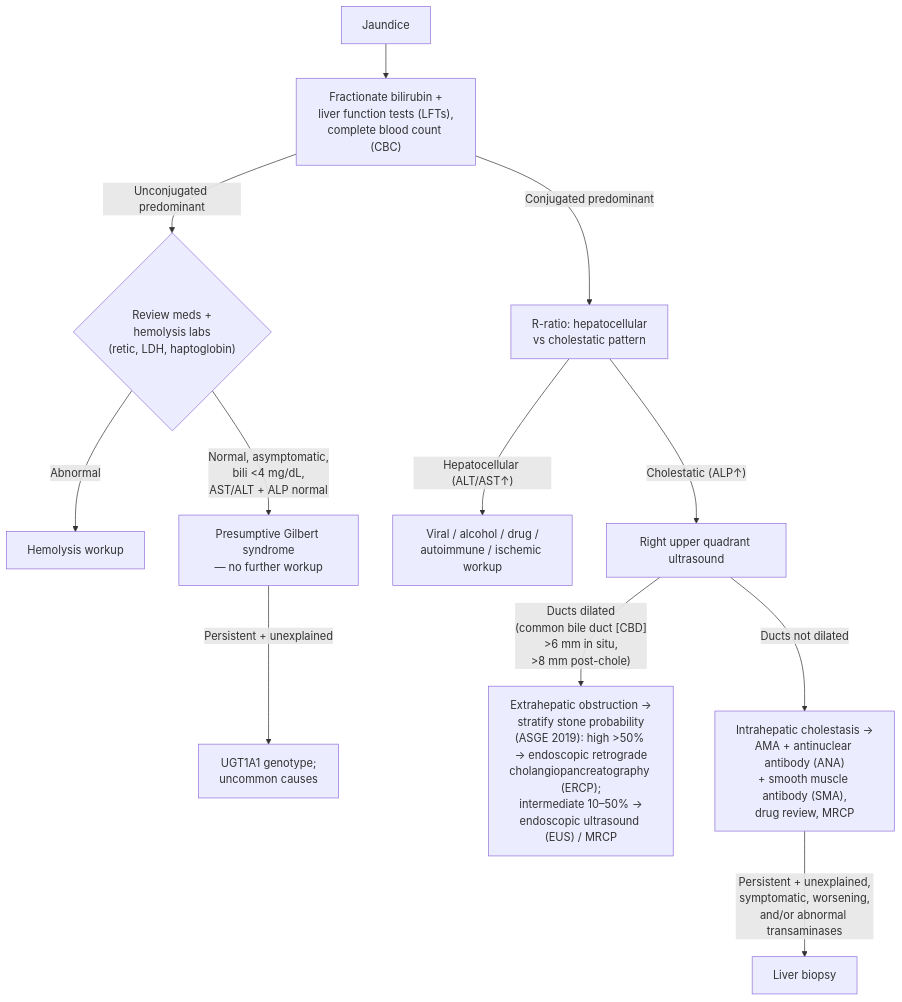
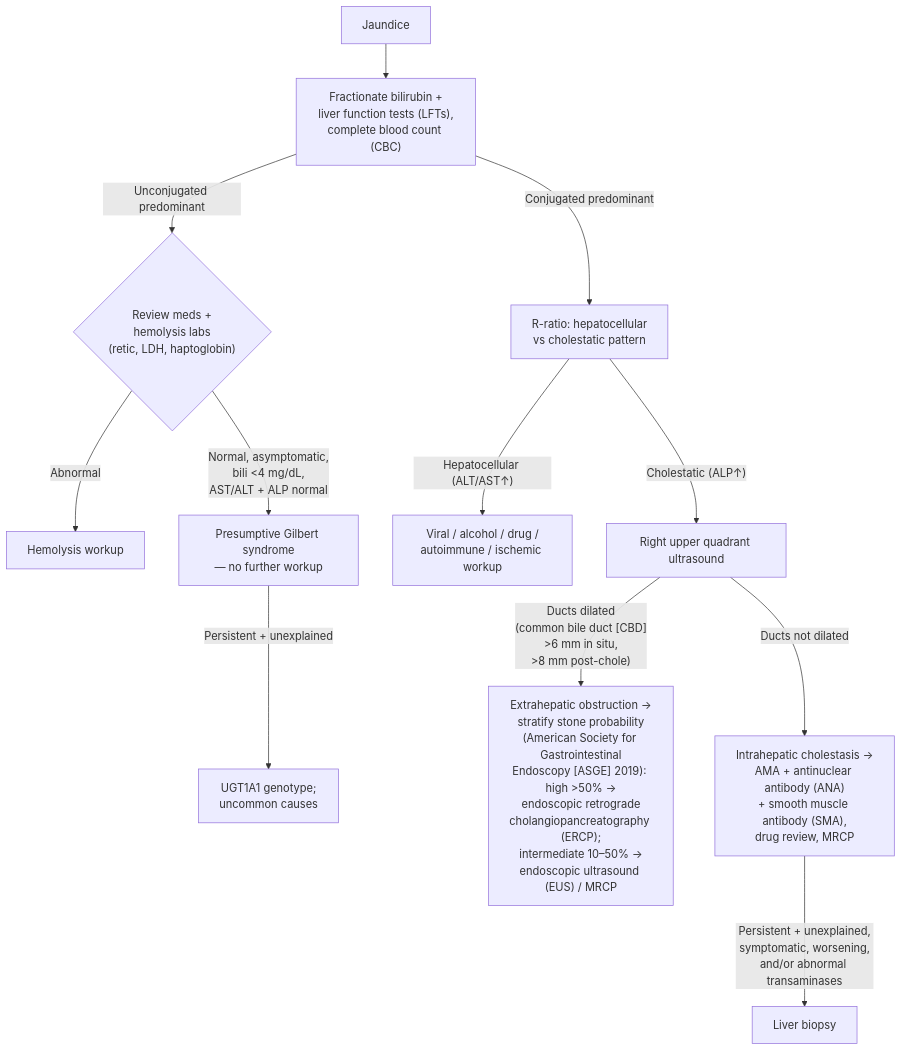
The diagram in KHNL-GI-Wiki/wiki/2-diagnostic-schemas/jaundice.md (KHNickLeMD/KHNL-GI-Wiki), drawn with Mermaid before and after one commit. The commit also changed other lines of this file and 19 other files, not shown here.

````diff
--- a/KHNL-GI-Wiki/wiki/2-diagnostic-schemas/jaundice.md
+++ b/KHNL-GI-Wiki/wiki/2-diagnostic-schemas/jaundice.md
@@ -74,14 +88,14 @@
 ```mermaid
 flowchart TD
     A["Jaundice"] --> B["Fractionate bilirubin +<br/>liver function tests (LFTs),<br/>complete blood count (CBC)"]
     B -->|"Unconjugated predominant"| C{"Review meds +<br/>hemolysis labs<br/>(retic, LDH, haptoglobin)"}
     C -->|"Abnormal"| D["Hemolysis workup"]
     C -->|"Normal, asymptomatic,<br/>bili <4 mg/dL,<br/>AST/ALT + ALP normal"| E["Presumptive Gilbert syndrome<br/>— no further workup"]
     E -->|"Persistent + unexplained"| E2["UGT1A1 genotype;<br/>uncommon causes"]
     B -->|"Conjugated predominant"| F["R-ratio: hepatocellular<br/>vs cholestatic pattern"]
     F -->|"Hepatocellular (ALT/AST↑)"| G["Viral / alcohol / drug /<br/>autoimmune / ischemic workup"]
     F -->|"Cholestatic (ALP↑)"| H["Right upper quadrant ultrasound"]
-    H -->|"Ducts dilated<br/>(common bile duct [CBD]<br/>>6 mm in situ,<br/>>8 mm post-chole)"| I["Extrahepatic obstruction →<br/>stratify stone probability<br/>(ASGE 2019): high >50% → endoscopic retrograde<br/>cholangiopancreatography (ERCP);<br/>intermediate 10–50% →<br/>endoscopic ultrasound (EUS) / MRCP"]
+    H -->|"Ducts dilated<br/>(common bile duct [CBD]<br/>>6 mm in situ,<br/>>8 mm post-chole)"| I["Extrahepatic obstruction →<br/>stratify stone probability<br/>(American Society for Gastrointestinal<br/>Endoscopy [ASGE] 2019): high >50% →<br/>endoscopic retrograde<br/>cholangiopancreatography (ERCP);<br/>intermediate 10–50% →<br/>endoscopic ultrasound (EUS) / MRCP"]
     H -->|"Ducts not dilated"| J["Intrahepatic cholestasis →<br/>AMA + antinuclear antibody (ANA)<br/>+ smooth muscle antibody (SMA),<br/>drug review, MRCP"]
     J -->|"Persistent + unexplained,<br/>symptomatic, worsening,<br/>and/or abnormal transaminases"| K["Liver biopsy"]
 ```
````
